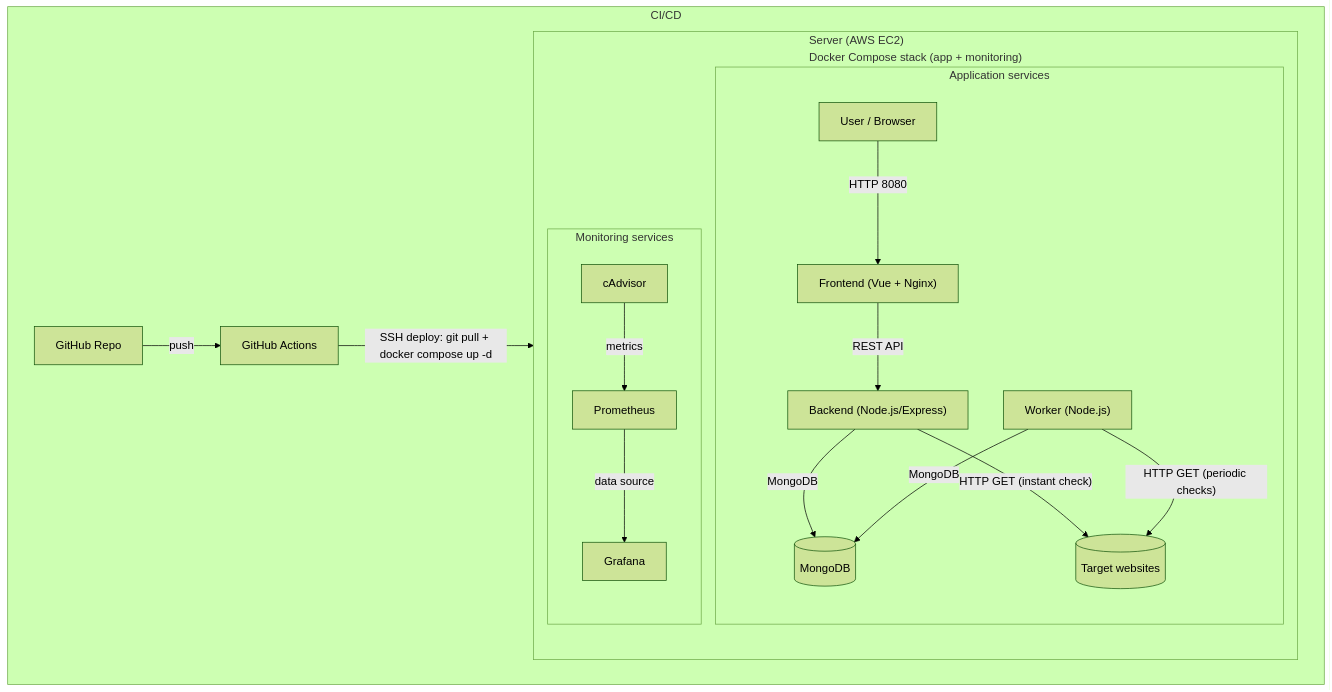
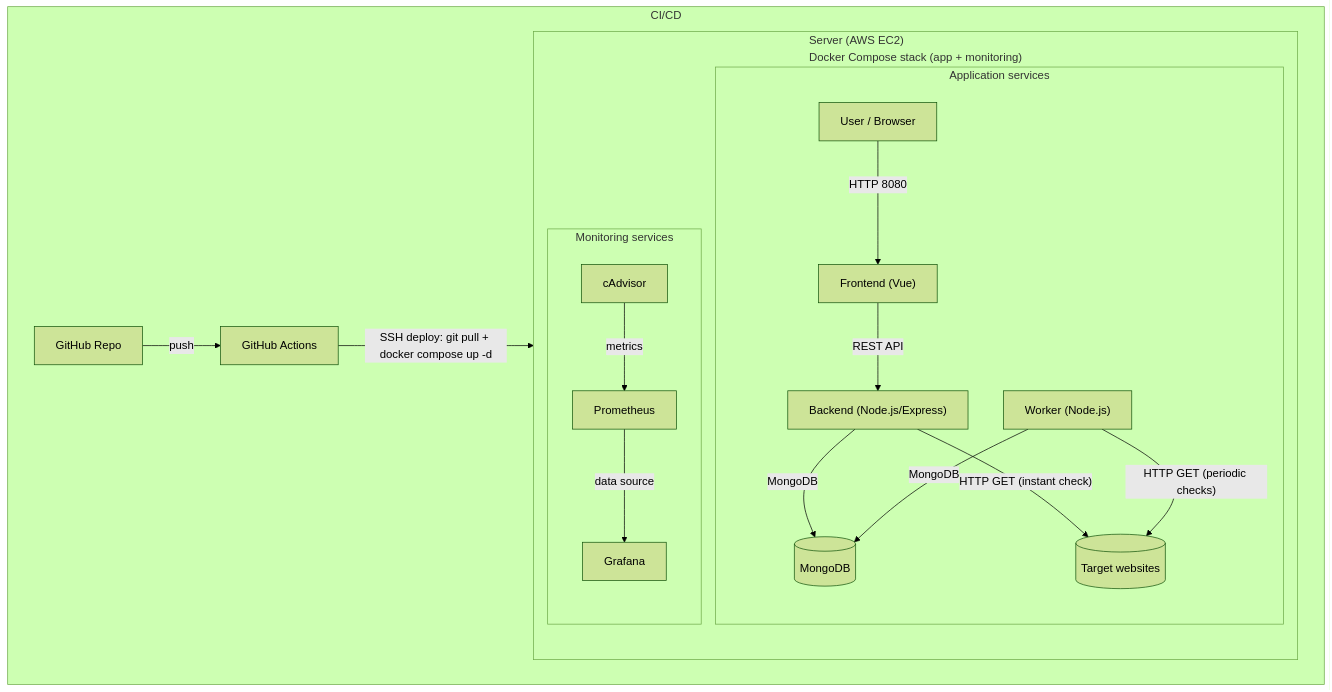
The diagram in Dokumentacija.md (JT07616/checkHTMLapp), drawn with Mermaid (forest theme) before and after one commit.

````diff
--- a/Dokumentacija.md
+++ b/Dokumentacija.md
@@ -50,31 +50,31 @@
 ```mermaid
 flowchart TB
 
 %% --- CI/CD ---
 subgraph CICD["CI/CD"]
   REPO["GitHub Repo"] -->|"push"| GA["GitHub Actions"]
   GA -->|"SSH deploy: git pull + docker compose up -d"| S
 end
 
 %% --- Server + Docker stack ---
 subgraph S["Server (AWS EC2)
             Docker Compose stack (app + monitoring)"]
   direction TB
 
   subgraph APP["Application services"]
     direction LR
-    U["User / Browser"] -->|"HTTP 8080"| FE["Frontend (Vue + Nginx)"]
+    U["User / Browser"] -->|"HTTP 8080"| FE["Frontend (Vue)"]
     FE -->|"REST API"| BE["Backend (Node.js/Express)"]
     BE -->|"MongoDB"| DB[("MongoDB")]
     W["Worker (Node.js)"] -->|"MongoDB"| DB
     BE -->|"HTTP GET (instant check)"| WWW[("Target websites")]
     W -->|"HTTP GET (periodic checks)"| WWW
   end
 
   subgraph MON["Monitoring services"]
     direction LR
     CA["cAdvisor"] -->|"metrics"| PR["Prometheus"]
     PR -->|"data source"| GR["Grafana"]
   end
 end
 ```
````
